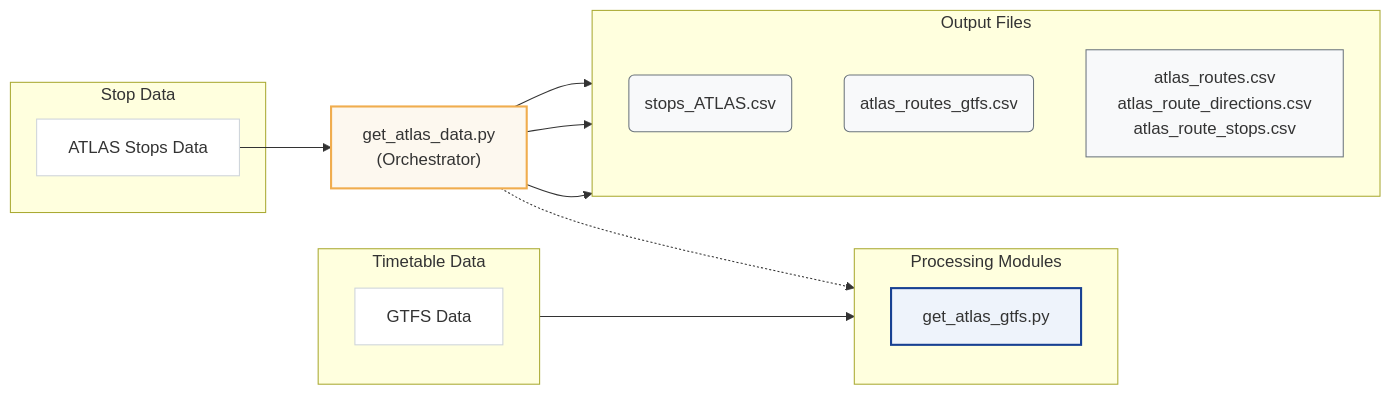
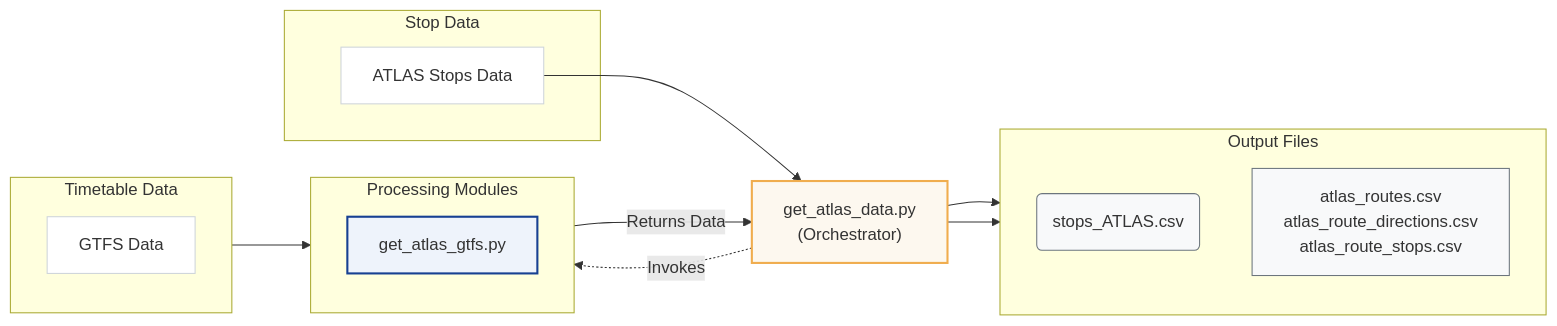
One commit to openTdataCH/stop_sync_osm_atlas changed the first of 2 diagrams in documentation/1. Download and process data.md. Above: the diagram before and after it, drawn with Mermaid. The commit also changed other lines of this file and 28 other files, not shown here.

````diff
--- a/documentation/1. Download and process data.md
+++ b/documentation/1. Download and process data.md
@@ -18,36 +13,35 @@
 ```mermaid
 flowchart LR
     classDef plain fill:#fff,stroke:#ced4da,stroke-width:1px;
     classDef script fill:#eef3fb,stroke:#174092,stroke-width:2px;
     classDef orch fill:#fdf8ef,stroke:#F0AD4E,stroke-width:2px;
     classDef file fill:#f8f9fa,stroke:#6c757d,stroke-width:1px;
 
     subgraph StopSrc ["Stop Data"]
         AT[ATLAS Stops Data]:::plain
     end
 
     subgraph TimeSrc ["Timetable Data"]
         direction TB
         GT[GTFS Data]:::plain
     end
 
     SA["get_atlas_data.py\n(Orchestrator)"]:::orch
 
     subgraph Modules ["Processing Modules"]
         direction TB
         SG[get_atlas_gtfs.py]:::script
     end
 
     subgraph Outputs ["Output Files"]
         direction TB
         PA(stops_ATLAS.csv):::file
-        PU(atlas_routes_gtfs.csv):::file
         PR["atlas_routes.csv<br/>atlas_route_directions.csv<br/>atlas_route_stops.csv"]:::file
     end
 
     AT --> SA --> PA
     GT --> SG
-    SA -.-> SG
-    SA --> PU
+    SA -.->|Invokes| SG
+    SG -->|Returns Data| SA
     SA --> PR
 ```
````
